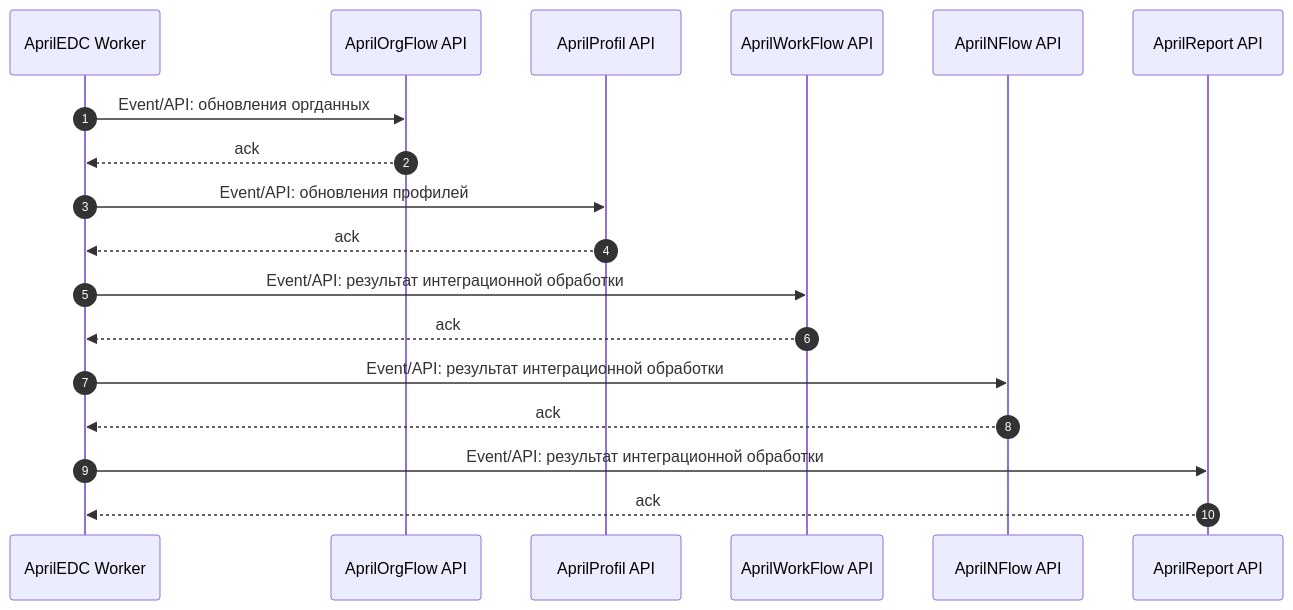
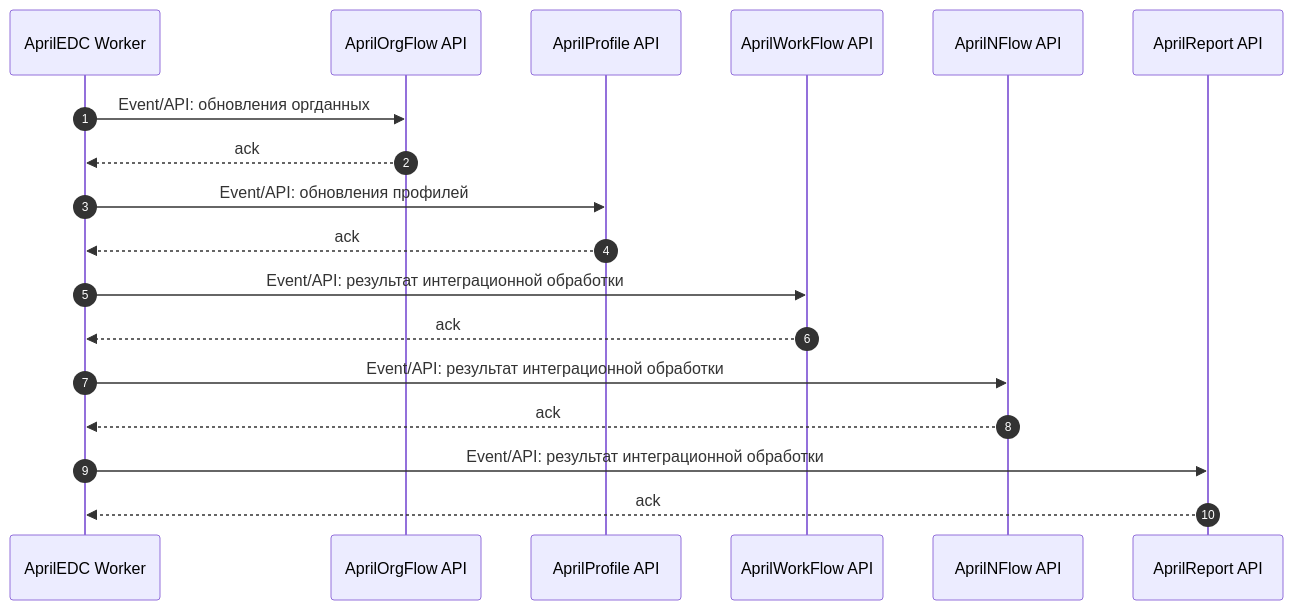
One commit to ukituki-ps/april-worker-kilo changed the fourth of 5 diagrams in docs/architecture/C4_RUNTIME_SEQUENCES.md. Above: the diagram before and after it, drawn with Mermaid. The commit also changed other lines of this file and 13 other files, not shown here.

First line of the commit message:
docs: align AprilProfile with april-profile canonical naming

````diff
--- a/docs/architecture/C4_RUNTIME_SEQUENCES.md
+++ b/docs/architecture/C4_RUNTIME_SEQUENCES.md
@@ -100,21 +100,21 @@
 ```mermaid
 sequenceDiagram
     autonumber
     participant EW as AprilEDC Worker
     participant OF as AprilOrgFlow API
-    participant PF as AprilProfil API
+    participant PF as AprilProfile API
     participant WF as AprilWorkFlow API
     participant NF as AprilNFlow API
     participant RP as AprilReport API
 
     EW->>OF: Event/API: обновления оргданных
     OF-->>EW: ack
     EW->>PF: Event/API: обновления профилей
     PF-->>EW: ack
     EW->>WF: Event/API: результат интеграционной обработки
     WF-->>EW: ack
     EW->>NF: Event/API: результат интеграционной обработки
     NF-->>EW: ack
     EW->>RP: Event/API: результат интеграционной обработки
     RP-->>EW: ack
 ```
````
